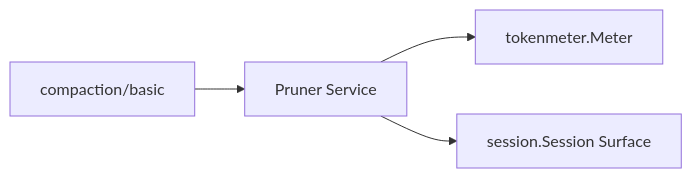
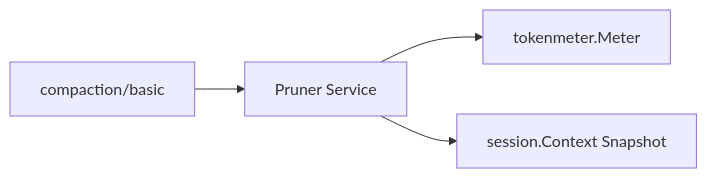
One commit to gorenx/goren changed the first of 2 diagrams in compaction/toolresultpruner/README.zh-CN.md. Above: the diagram before and after it, drawn with Mermaid. The commit also changed other lines of this file and 20 other files, not shown here.

Commit message:
docs(session): document coordinated write architecture

````diff
--- a/compaction/toolresultpruner/README.zh-CN.md
+++ b/compaction/toolresultpruner/README.zh-CN.md
@@ -9,6 +9,6 @@
 ```mermaid
 flowchart LR
     BASIC[compaction/basic] --> PRUNER[Pruner Service]
     PRUNER --> METER[tokenmeter.Meter]
-    PRUNER --> SESSION[session.Session Surface]
+    PRUNER --> SESSION[session.Context Snapshot]
 ```
````
